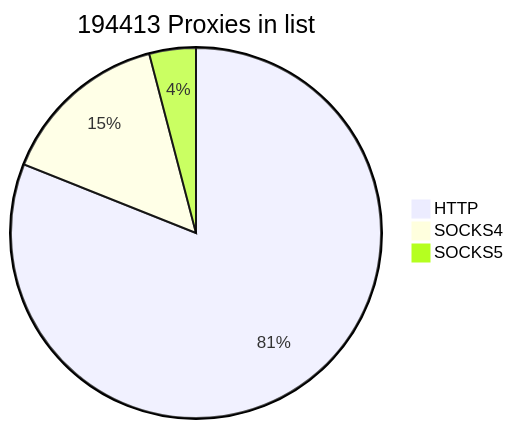
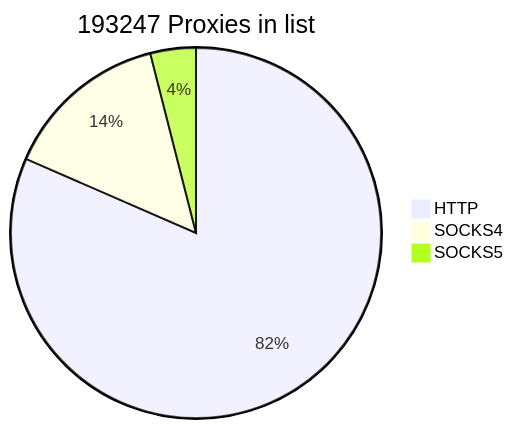
The first of 2 diagrams in README.md (cutipu/proxylist), drawn with Mermaid before and after one commit. The commit also changed other lines of this file, not shown here.

````diff
--- a/README.md
+++ b/README.md
@@ -2,7 +2,7 @@
 ```mermaid
-pie title 194413 Proxies in list
-    "HTTP" : 157550
-    "SOCKS4" : 28958
-    "SOCKS5" : 7905
+pie title 193247 Proxies in list
+    "HTTP" : 157582
+    "SOCKS4" : 27993
+    "SOCKS5" : 7672
             
 ```
````
